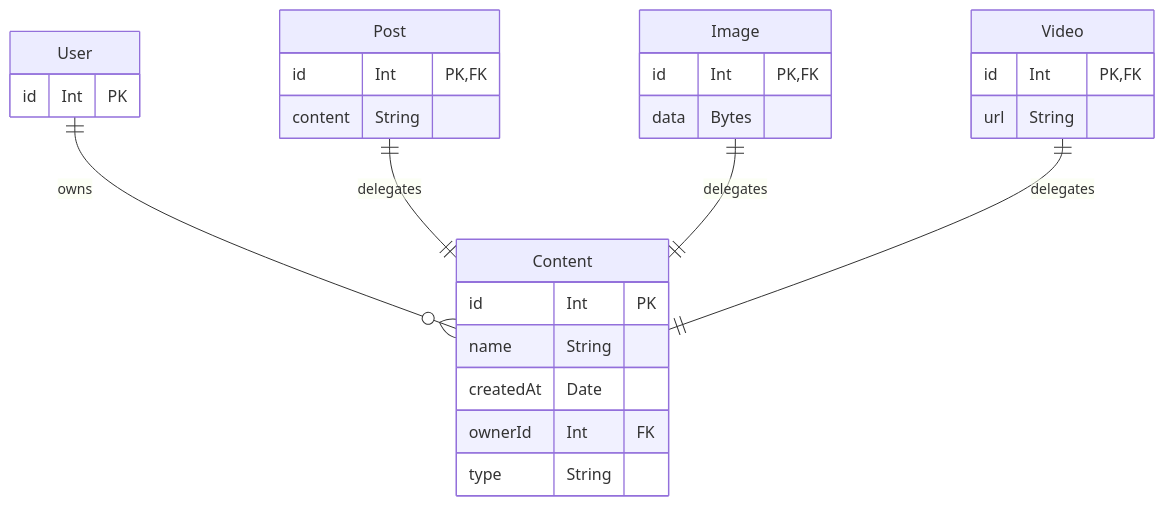
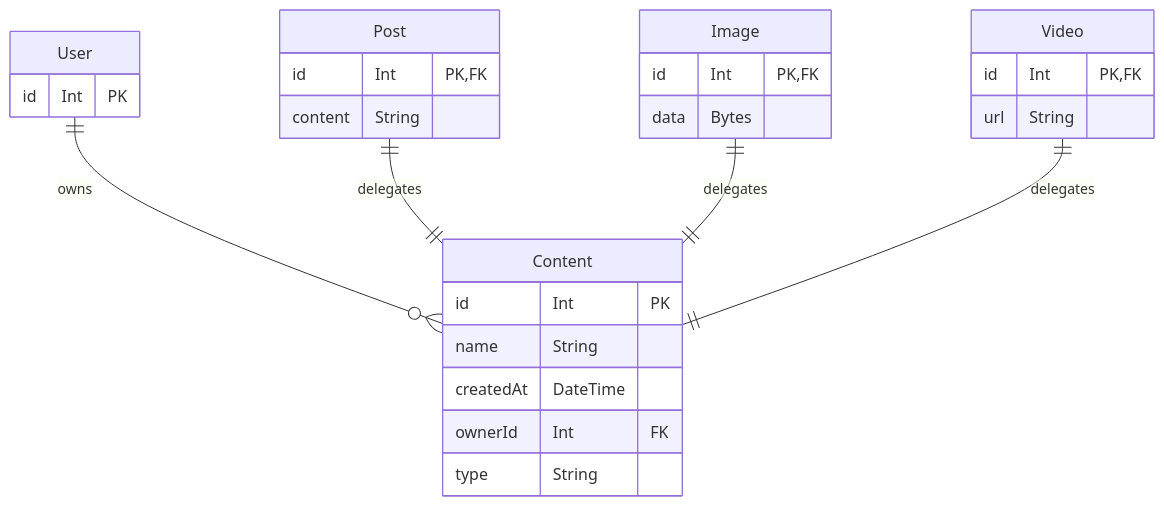
The diagram in versioned_docs/version-3.x/modeling/polymorphism.md (zenstackhq/zenstack-docs), drawn with Mermaid before and after one commit. The commit also changed 12 other files, not shown here.

````diff
--- a/versioned_docs/version-3.x/modeling/polymorphism.md
+++ b/versioned_docs/version-3.x/modeling/polymorphism.md
@@ -72,29 +72,29 @@
 ```mermaid
 erDiagram
 	User {
         id Int PK
 	}
     Content {
         id Int PK
-		name String
-        createdAt Date
+        name String
+        createdAt DateTime
         ownerId Int FK
         type String
     }
     User ||--o{ Content: owns
     Post {
         id Int PK,FK
         content String
     }
     Post ||--|| Content: delegates
     Image {
         id Int PK,FK
         data Bytes
     }
     Image ||--|| Content: delegates
     Video {
         id Int PK,FK
         url String
     }
     Video ||--|| Content: delegates
 ```
````
